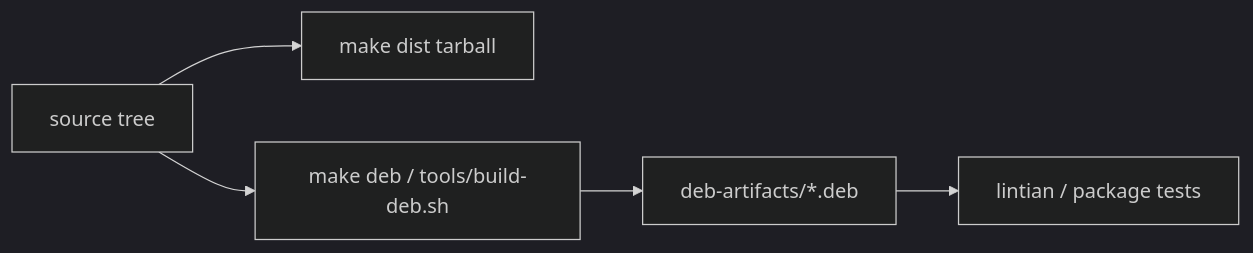
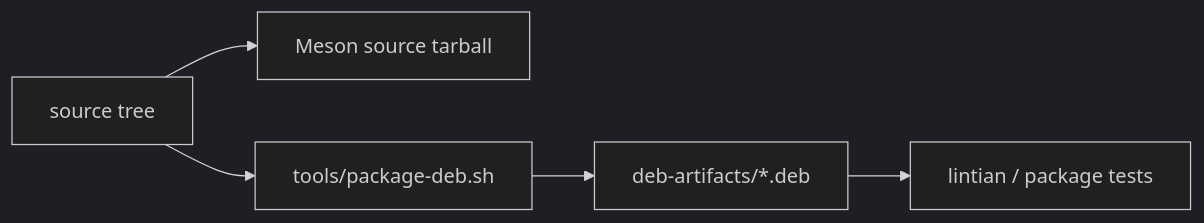
The third of 4 diagrams in docs/architecture/build-and-test.md (tuunanet/xmms-gtk4-experimental), drawn with Mermaid (dark theme) before and after one commit. The commit also changed other lines of this file and 50 other files, not shown here.

````diff
--- a/docs/architecture/build-and-test.md
+++ b/docs/architecture/build-and-test.md
@@ -197,7 +200,7 @@
 ```mermaid
 flowchart LR
-    SRC[source tree] --> DIST[make dist tarball]
-    SRC --> DEB[make deb / tools/build-deb.sh]
+    SRC[source tree] --> DIST[Meson source tarball]
+    SRC --> DEB[tools/package-deb.sh]
     DEB --> ART["deb-artifacts/*.deb"]
     ART --> LINT[lintian / package tests]
 ```
````
